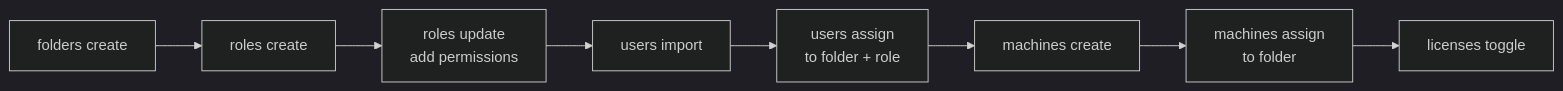
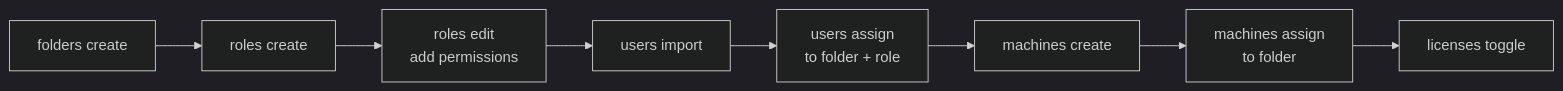
One commit to UiPath/skills changed the diagram in skills/uipath-platform/references/orchestrator/setup-environment.md. Above: the diagram before and after it, drawn with Mermaid (dark theme). The commit also changed other lines of this file and 661 other files, not shown here.

````diff
--- a/skills/uipath-platform/references/orchestrator/setup-environment.md
+++ b/skills/uipath-platform/references/orchestrator/setup-environment.md
@@ -24,10 +24,10 @@
 ```mermaid
 graph LR
     A[folders create] --> B[roles create]
-    B --> C[roles update<br/>add permissions]
+    B --> C[roles edit<br/>add permissions]
     C --> D[users import]
     D --> E[users assign<br/>to folder + role]
     E --> F[machines create]
     F --> G[machines assign<br/>to folder]
     G --> H[licenses toggle]
 ```
````
